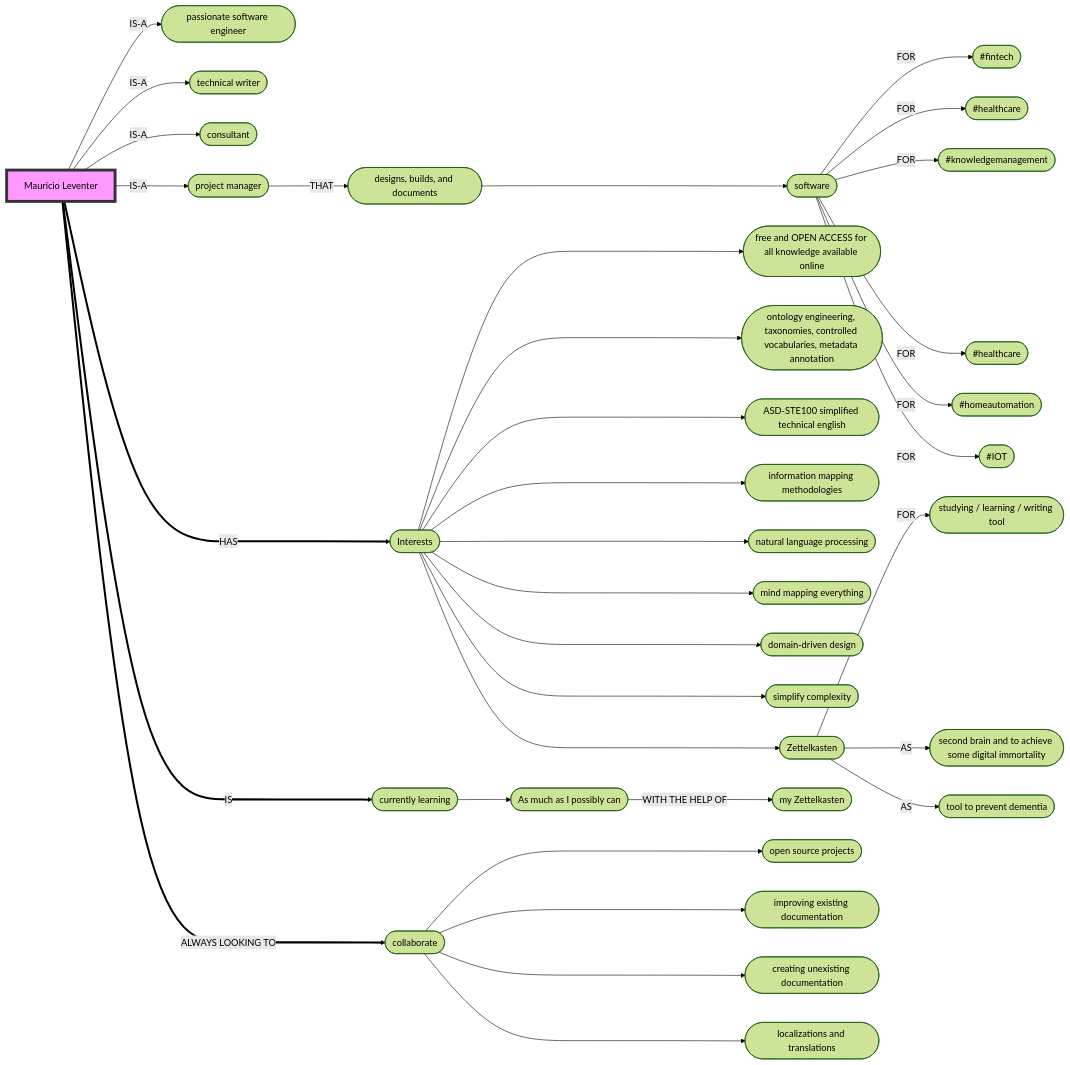
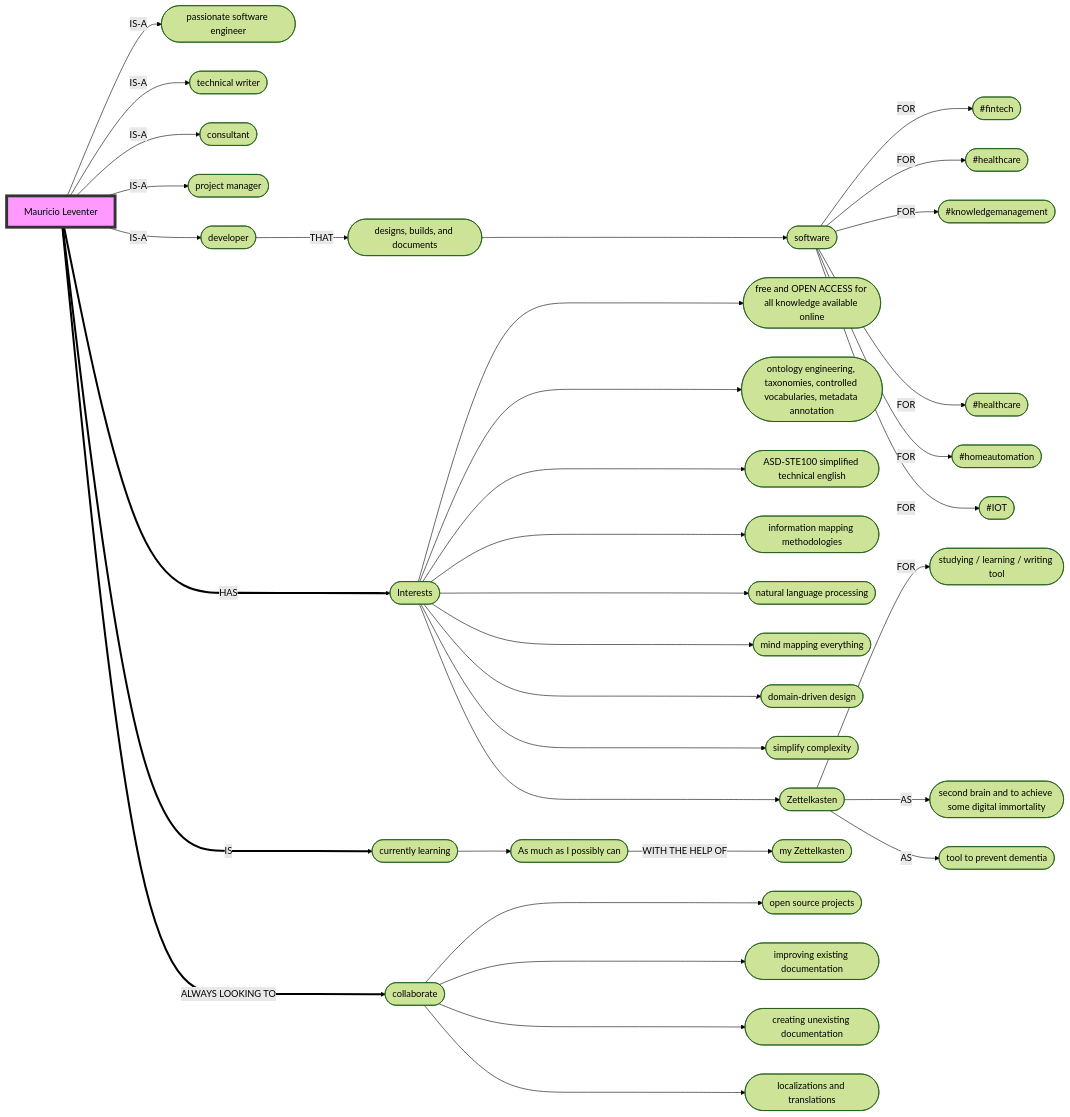
One commit to mleventer/mleventer changed the diagram in README.md. Above: the diagram before and after it, drawn with Mermaid (forest theme).

Commit message:
Add developer role and update relationships in README

````diff
--- a/README.md
+++ b/README.md
@@ -18,37 +18,38 @@
 ```mermaid
 flowchart LR
     A[Mauricio Leventer] -->|IS-A| A2([passionate software engineer])
     A -->|IS-A| A3([technical writer])
     A -->|IS-A| A4([consultant])
     A -->|IS-A| AA([project manager])
-    AA -->|THAT| A5([designs, builds, and documents])
+    A -->|IS-A| AC([developer])
+    AC -->|THAT| A5([designs, builds, and documents])
     A5 ---> A6([software])
     A6 -->|FOR| A7([#fintech])
     A6 -->|FOR| A8([#healthcare])
     A6 -->|FOR| A9([#knowledgemanagement])
     A6 -->|FOR| A10([#healthcare])
     A6 -->|FOR| A11([#homeautomation])
     A6 -->|FOR| A12([#IOT])    
     A ===>|HAS| B([Interests])
     B ---> I1([free and OPEN ACCESS for all knowledge available online])
     B ---> I3([ontology engineering, taxonomies, controlled vocabularies, metadata annotation])
     B ---> I4([ASD-STE100 simplified technical english])
     B ---> I5([information mapping methodologies])
     B ---> I6([natural language processing])
     B ---> I7([mind mapping everything]) 
     B ---> I8([domain-driven design]) 
     B ---> I9([simplify complexity]) 
     B ---> J([Zettelkasten])
     J -->|FOR| J1([studying / learning / writing tool]) 
     J -->|AS| J2([second brain and to achieve some digital immortality]) 
     J -->|AS| J3([tool to prevent dementia])
     A ===>|IS| D([currently learning])
     D --> D1([As much as I possibly can])
     D1 -->|WITH THE HELP OF| D2([my Zettelkasten])
     A ===>|ALWAYS LOOKING TO|E([collaborate])
     E ---> E1([open source projects])
     E ---> E2([improving existing documentation])
     E ---> E3([creating unexisting documentation])
     E ---> E4([localizations and translations])
     style A fill:#f9f,stroke:#333,stroke-width:5px
 ```
````
